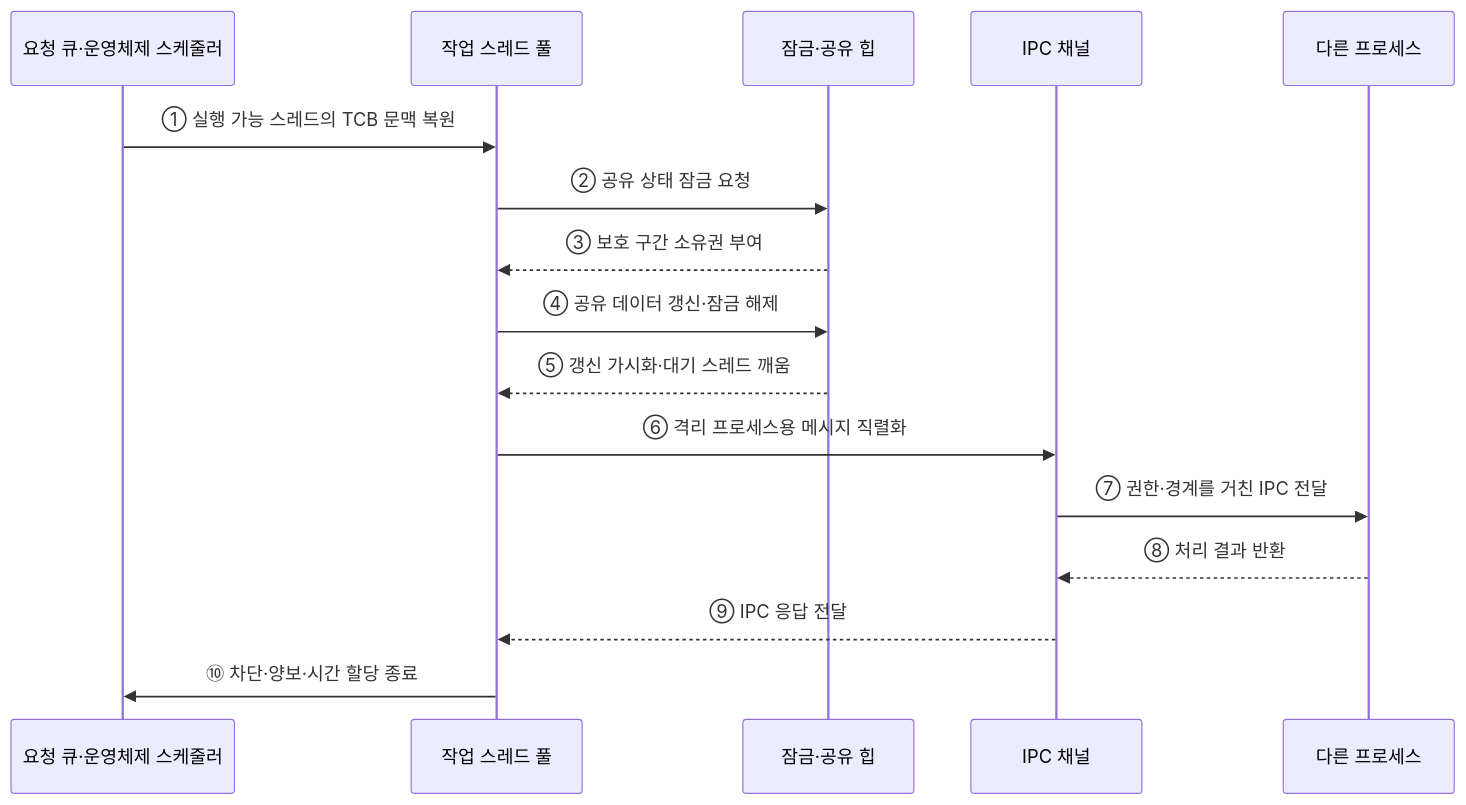
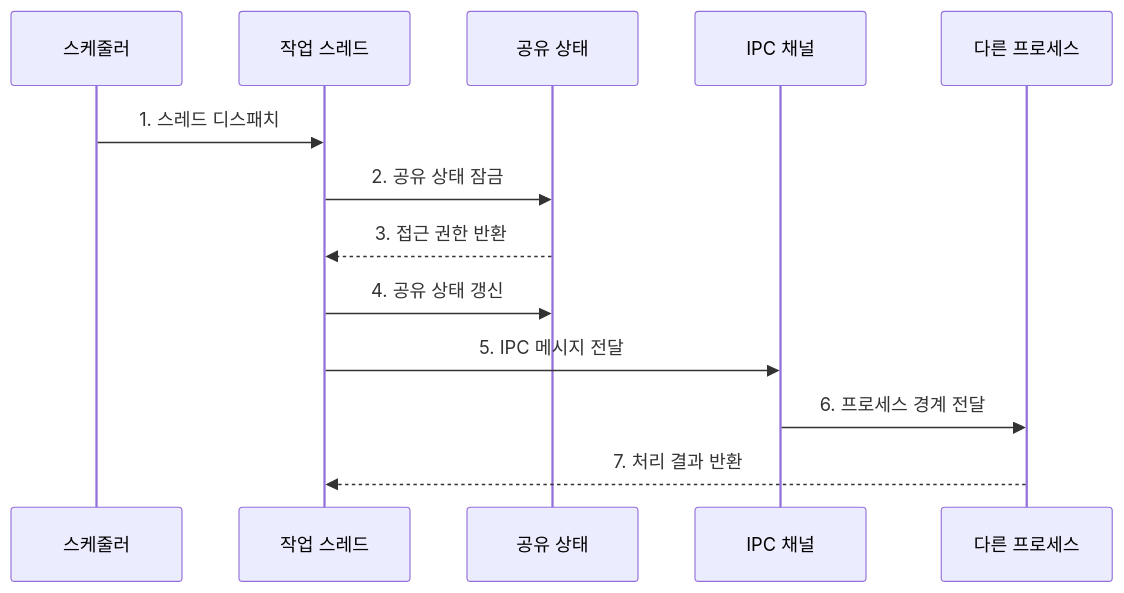
One commit to agnusdei1207/knowledge-base changed the second of 2 diagrams in src/content/docs/notes/03-software/001_process_vs_thread.md. Above: the diagram before and after it, drawn with Mermaid. The commit also changed other lines of this file and 20 other files, not shown here.

````diff
--- a/src/content/docs/notes/03-software/001_process_vs_thread.md
+++ b/src/content/docs/notes/03-software/001_process_vs_thread.md
@@ -83,19 +88,15 @@
 ```mermaid
 sequenceDiagram
-    participant S as 요청 큐·운영체제 스케줄러
-    participant A as 작업 스레드 풀
-    participant L as 잠금·공유 힙
+    participant S as 스케줄러
+    participant T as 작업 스레드
+    participant L as 공유 상태
     participant I as IPC 채널
     participant P as 다른 프로세스
-
-    S->>A: ① 실행 가능 스레드의 TCB 문맥 복원
-    A->>L: ② 공유 상태 잠금 요청
-    L-->>A: ③ 보호 구간 소유권 부여
-    A->>L: ④ 공유 데이터 갱신·잠금 해제
-    L-->>A: ⑤ 갱신 가시화·대기 스레드 깨움
-    A->>I: ⑥ 격리 프로세스용 메시지 직렬화
-    I->>P: ⑦ 권한·경계를 거친 IPC 전달
-    P-->>I: ⑧ 처리 결과 반환
-    I-->>A: ⑨ IPC 응답 전달
-    A->>S: ⑩ 차단·양보·시간 할당 종료
+    S->>T: 1. 스레드 디스패치
+    T->>L: 2. 공유 상태 잠금
+    L-->>T: 3. 접근 권한 반환
+    T->>L: 4. 공유 상태 갱신
+    T->>I: 5. IPC 메시지 전달
+    I->>P: 6. 프로세스 경계 전달
+    P-->>T: 7. 처리 결과 반환
 ```
````
